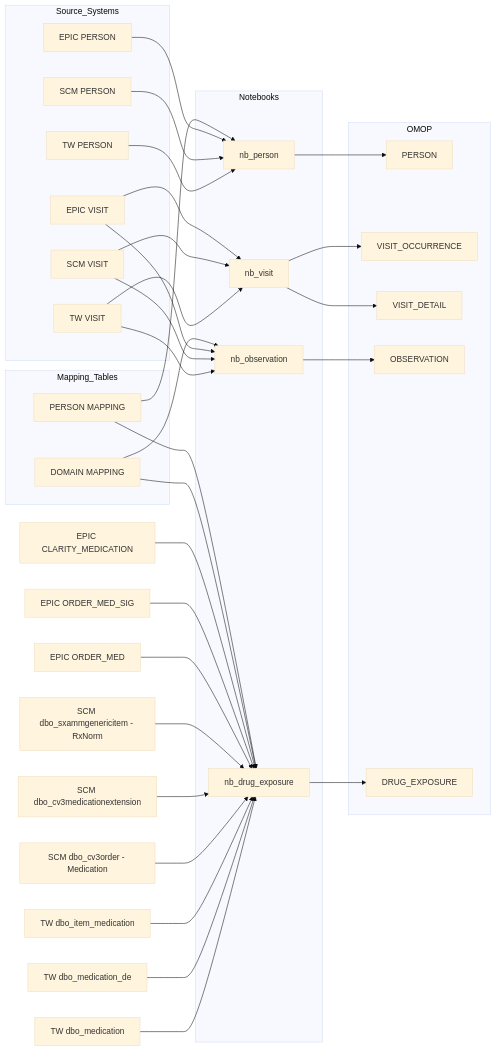
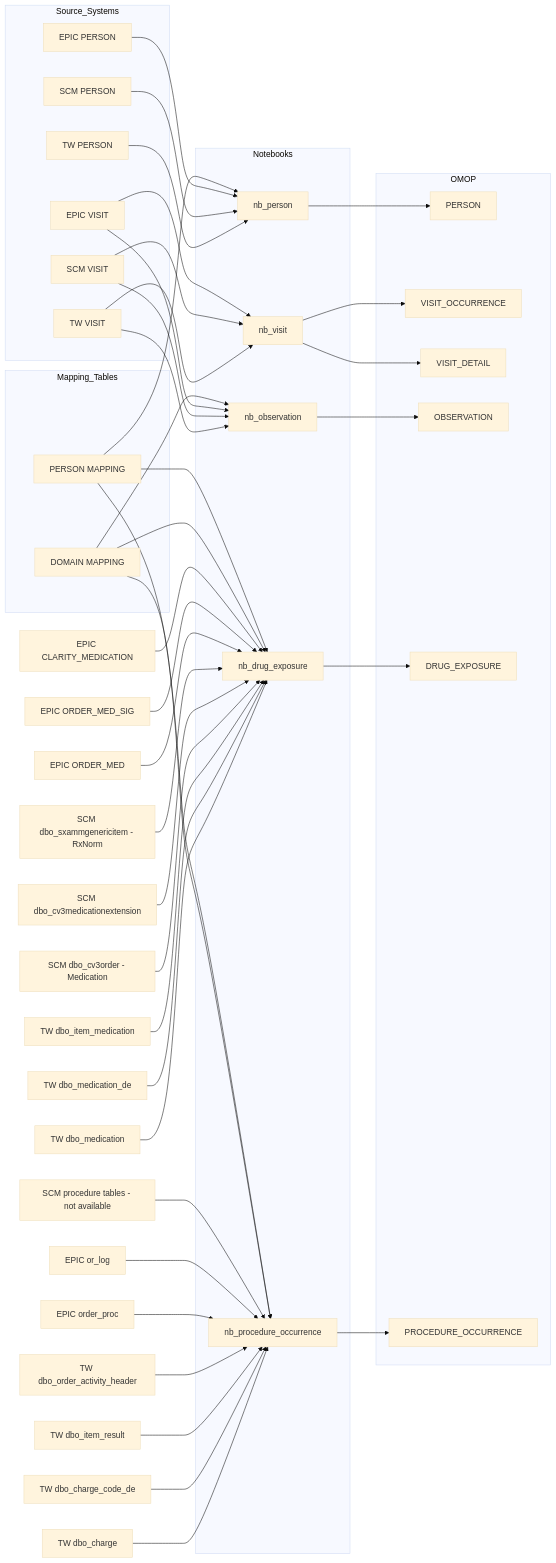
One commit to janyaibe/omop-accelerator changed the first of 11 diagrams in docs/omop_architecture_erd_with_sources.md. Above: the diagram before and after it, drawn with Mermaid (base theme).

````diff
--- a/docs/omop_architecture_erd_with_sources.md
+++ b/docs/omop_architecture_erd_with_sources.md
@@ -33,6 +33,7 @@
     nb_visit[nb_visit]
     nb_obs[nb_observation]
     nb_drug[nb_drug_exposure]
+    nb_proc[nb_procedure_occurrence]
 end
 
 subgraph OMOP
@@ -41,6 +42,7 @@
     VISIT_DETAIL
     OBSERVATION
     DRUG_EXPOSURE
+    PROCEDURE_OCCURRENCE
 end
 
 %% ======================
@@ -110,4 +112,38 @@
 
 %% -------- OUTPUT --------
 nb_drug --> DRUG_EXPOSURE
+
+%% ======================
+%% PROCEDURE OCCURRENCE
+%% ======================
+
+%% -------- TW --------
+tw_charge[TW dbo_charge]
+tw_charge_code[TW dbo_charge_code_de]
+tw_item_result[TW dbo_item_result]
+tw_order_activity[TW dbo_order_activity_header]
+
+tw_charge --> nb_proc
+tw_charge_code --> nb_proc
+tw_item_result --> nb_proc
+tw_order_activity --> nb_proc
+
+%% -------- EPIC --------
+epic_order_proc[EPIC order_proc]
+epic_or_log[EPIC or_log]
+
+epic_order_proc --> nb_proc
+epic_or_log --> nb_proc
+
+%% -------- SCM --------
+scm_proc_placeholder[SCM procedure tables - not available]
+
+scm_proc_placeholder --> nb_proc
+
+%% -------- MAPPING --------
+map_domain --> nb_proc
+map_person --> nb_proc
+
+%% -------- OUTPUT --------
+nb_proc --> PROCEDURE_OCCURRENCE
 ```
````
